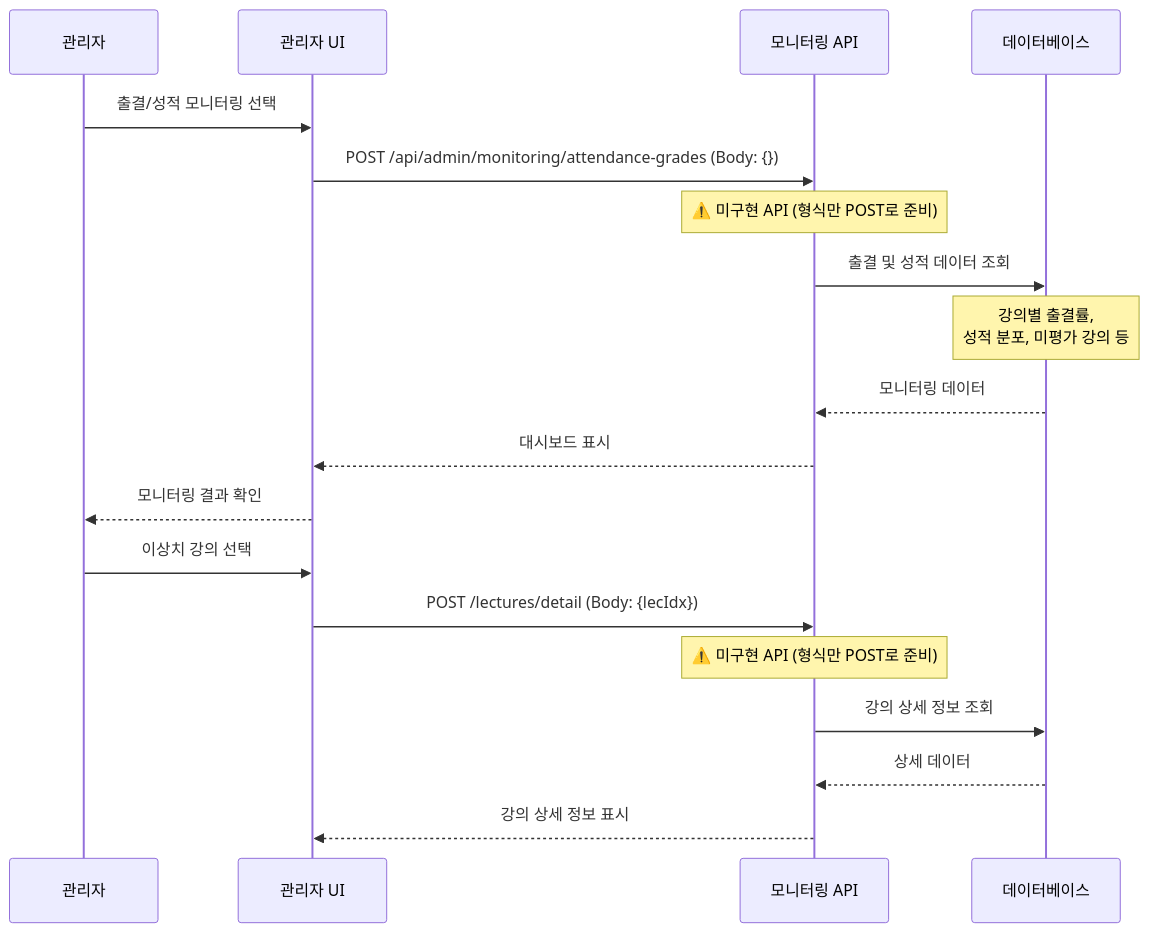
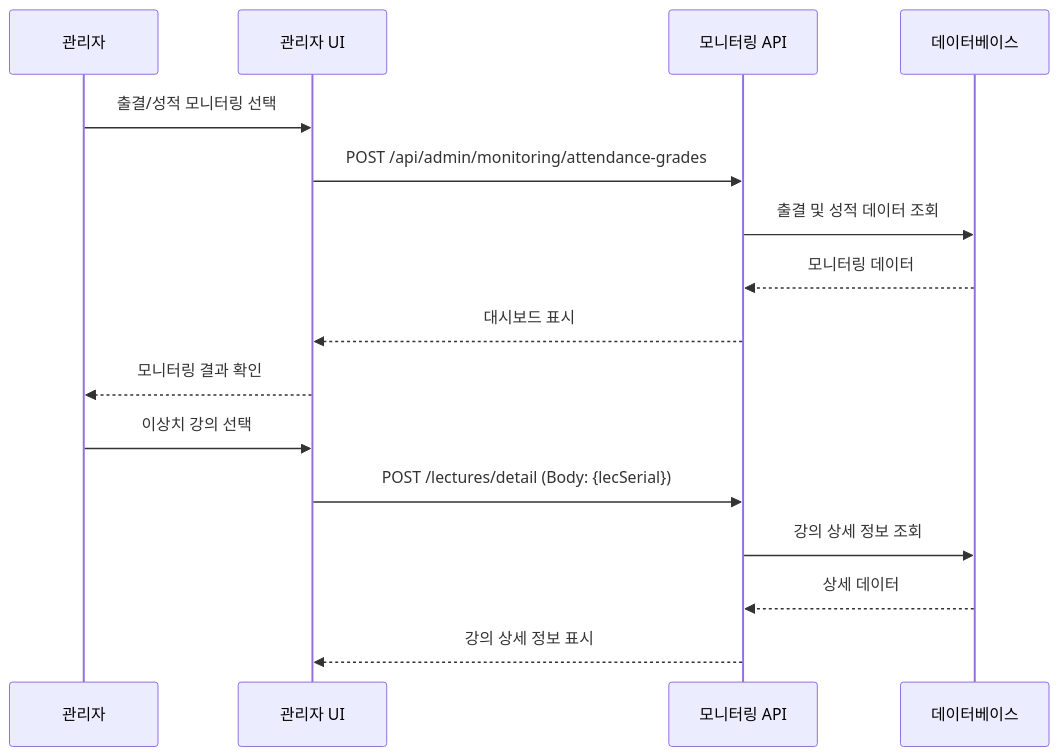
The eighth of 8 diagrams in backend/BlueCrab/docs/강의관련기능/04-관리자플로우.md (hooting76/blue-crab-lms), drawn with Mermaid before and after one commit. The commit also changed other lines of this file and 19 other files, not shown here.

````diff
--- a/backend/BlueCrab/docs/강의관련기능/04-관리자플로우.md
+++ b/backend/BlueCrab/docs/강의관련기능/04-관리자플로우.md
@@ -329,24 +306,20 @@
 ```mermaid
 sequenceDiagram
     participant Admin as 관리자
     participant UI as 관리자 UI
     participant API as 모니터링 API
     participant DB as 데이터베이스
 
     Admin->>UI: 출결/성적 모니터링 선택
-    UI->>API: POST /api/admin/monitoring/attendance-grades (Body: {})
-    Note over API: ⚠️ 미구현 API (형식만 POST로 준비)
+    UI->>API: POST /api/admin/monitoring/attendance-grades
     API->>DB: 출결 및 성적 데이터 조회
-    Note over DB: 강의별 출결률,<br/>성적 분포, 미평가 강의 등
-
     DB-->>API: 모니터링 데이터
     API-->>UI: 대시보드 표시
     UI-->>Admin: 모니터링 결과 확인
 
     Admin->>UI: 이상치 강의 선택
-    UI->>API: POST /lectures/detail (Body: {lecIdx})
-    Note over API: ⚠️ 미구현 API (형식만 POST로 준비)
+    UI->>API: POST /lectures/detail (Body: {lecSerial})
     API->>DB: 강의 상세 정보 조회
     DB-->>API: 상세 데이터
     API-->>UI: 강의 상세 정보 표시
 ```
````
